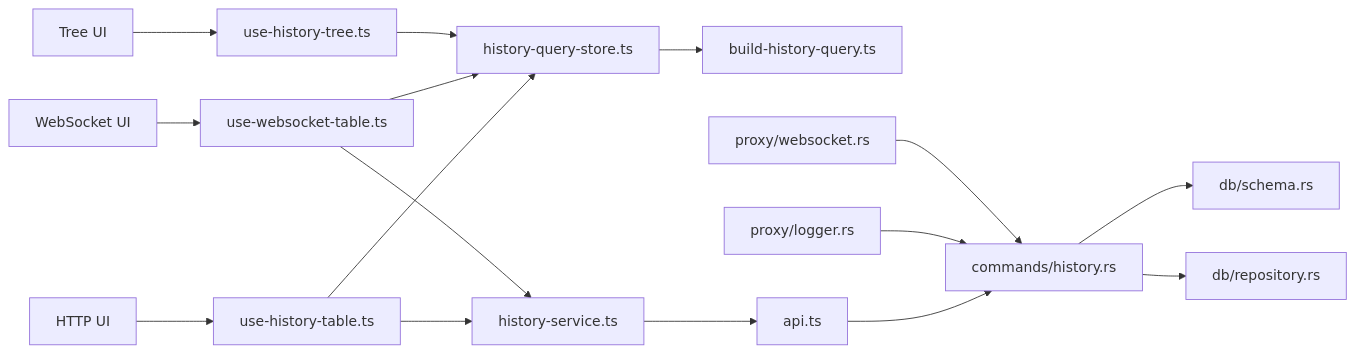
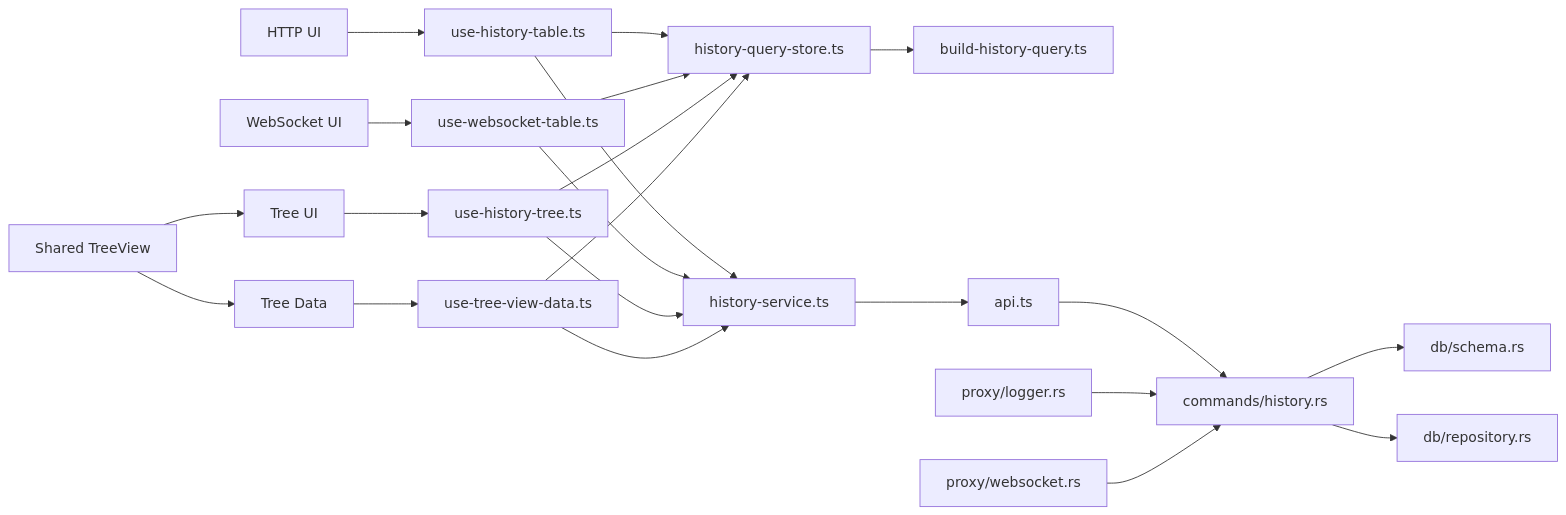
One commit to arhamymr/hexbuffer changed the eighth of 8 diagrams in .qoder/repowiki/en/content/Live Traffic Analysis/Live Traffic Analysis.md. Above: the diagram before and after it, drawn with Mermaid. The commit also changed other lines of this file and 21 other files, not shown here.

````diff
--- a/.qoder/repowiki/en/content/Live Traffic Analysis/Live Traffic Analysis.md
+++ b/.qoder/repowiki/en/content/Live Traffic Analysis/Live Traffic Analysis.md
@@ -343,18 +386,24 @@
 ```mermaid
 graph LR
 UI_HTTP["HTTP UI"] --> HOOKS_HTTP["use-history-table.ts"]
 UI_WS["WebSocket UI"] --> HOOKS_WS["use-websocket-table.ts"]
 UI_TREE["Tree UI"] --> HOOKS_TREE["use-history-tree.ts"]
+UI_TREE_DATA["Tree Data"] --> HOOKS_TREE_DATA["use-tree-view-data.ts"]
 HOOKS_HTTP --> STORE["history-query-store.ts"]
 HOOKS_WS --> STORE
 HOOKS_TREE --> STORE
+HOOKS_TREE_DATA --> STORE
 STORE --> BUILD["build-history-query.ts"]
 HOOKS_HTTP --> SVC["history-service.ts"]
 HOOKS_WS --> SVC
+HOOKS_TREE --> SVC
+HOOKS_TREE_DATA --> SVC
 SVC --> API["api.ts"]
 API --> CMD["commands/history.rs"]
 CMD --> SCHEMA["db/schema.rs"]
 CMD --> REPO["db/repository.rs"]
 PROXY["proxy/logger.rs"] --> CMD
 WS["proxy/websocket.rs"] --> CMD
+SHARED_COMP["Shared TreeView"] --> UI_TREE
+SHARED_COMP --> UI_TREE_DATA
 ```
````
